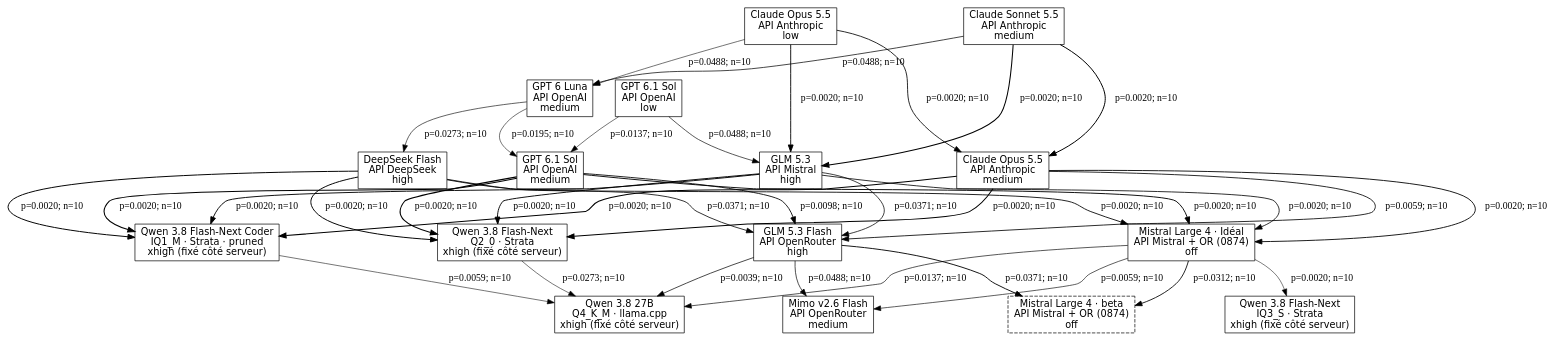
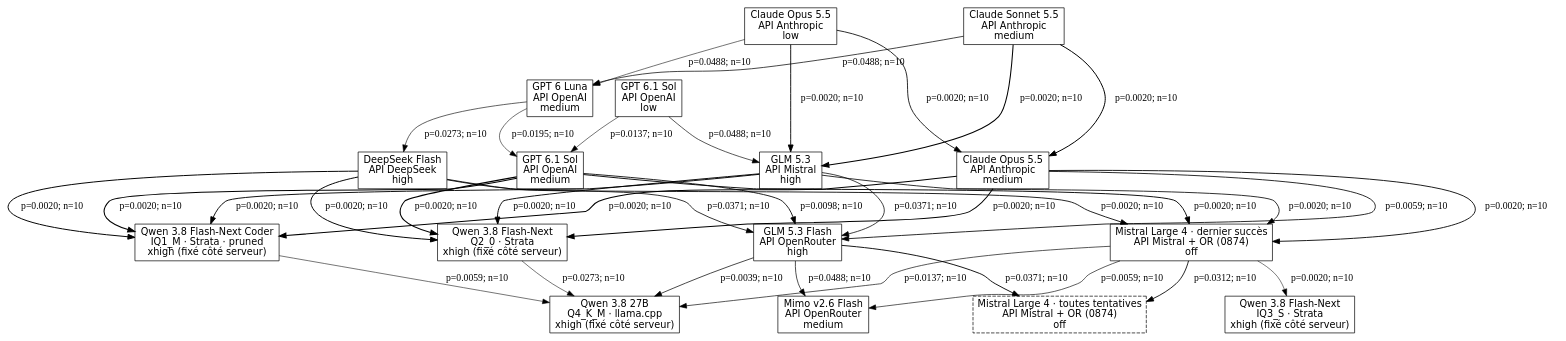
Before and after one commit to MinhHaDuong/ImperialDragonHarness: the diagram in docs/tournament-graphs/seconds.dot, drawn with Graphviz. The commit also changed 23 other files, not shown here.

```diff
--- a/docs/tournament-graphs/seconds.dot
+++ b/docs/tournament-graphs/seconds.dot
@@ -1,55 +1,55 @@
 digraph G {
 rankdir=TB;
 node [shape=box, fontname="DejaVu Sans"];
 a [label="Qwen 3.8 27B\nQ4_K_M · llama.cpp\nxhigh (fixé côté serveur)"];
 b [label="Qwen 3.8 Flash-Next Coder\nIQ1_M · Strata · pruned\nxhigh (fixé côté serveur)"];
 b2 [label="Qwen 3.8 Flash-Next\nIQ3_S · Strata\nxhigh (fixé côté serveur)"];
 b3 [label="Qwen 3.8 Flash-Next\nQ2_0 · Strata\nxhigh (fixé côté serveur)"];
 d [label="Claude Opus 5.5\nAPI Anthropic\nmedium"];
 d2 [label="Claude Opus 5.5\nAPI Anthropic\nlow"];
 e2 [label="GPT 6.1 Sol\nAPI OpenAI\nlow"];
 e3 [label="GPT 6.1 Sol\nAPI OpenAI\nmedium"];
 f [label="GLM 5.3\nAPI Mistral\nhigh"];
 g [label="Claude Sonnet 5.5\nAPI Anthropic\nmedium"];
 i [label="DeepSeek Flash\nAPI DeepSeek\nhigh"];
 j [label="GLM 5.3 Flash\nAPI OpenRouter\nhigh"];
 k [label="Mimo v2.6 Flash\nAPI OpenRouter\nmedium"];
 l [label="GPT 6 Luna\nAPI OpenAI\nmedium"];
-mi [label="Mistral Large 4 · Idéal\nAPI Mistral + OR (0874)\noff"];
-mr [label="Mistral Large 4 · beta\nAPI Mistral + OR (0874)\noff", style="dashed"];
+mi [label="Mistral Large 4 · dernier succès\nAPI Mistral + OR (0874)\noff"];
+mr [label="Mistral Large 4 · toutes tentatives\nAPI Mistral + OR (0874)\noff", style="dashed"];
 b -> a [label="p=0.0059; n=10", penwidth=0.777];
 b3 -> a [label="p=0.0273; n=10", penwidth=0.771];
 d -> b [label="p=0.0020; n=10", penwidth=1.445];
 d -> b3 [label="p=0.0020; n=10", penwidth=1.450];
 d -> j [label="p=0.0059; n=10", penwidth=1.188];
 d -> mi [label="p=0.0020; n=10", penwidth=1.273];
 d2 -> d [label="p=0.0020; n=10", penwidth=1.192];
 d2 -> f [label="p=0.0020; n=10", penwidth=1.296];
 d2 -> l [label="p=0.0488; n=10", penwidth=0.792];
 e2 -> e3 [label="p=0.0137; n=10", penwidth=0.779];
 e2 -> f [label="p=0.0488; n=10", penwidth=0.937];
 e3 -> b [label="p=0.0020; n=10", penwidth=1.498];
 e3 -> b3 [label="p=0.0020; n=10", penwidth=1.500];
 e3 -> j [label="p=0.0098; n=10", penwidth=1.241];
 e3 -> mi [label="p=0.0020; n=10", penwidth=1.327];
 f -> b [label="p=0.0020; n=10", penwidth=1.341];
 f -> b3 [label="p=0.0020; n=10", penwidth=1.346];
 f -> j [label="p=0.0371; n=10", penwidth=1.083];
 f -> mi [label="p=0.0020; n=10", penwidth=1.169];
 g -> d [label="p=0.0020; n=10", penwidth=1.443];
 g -> f [label="p=0.0020; n=10", penwidth=1.500];
 g -> l [label="p=0.0488; n=10", penwidth=1.042];
 i -> b [label="p=0.0020; n=10", penwidth=1.407];
 i -> b3 [label="p=0.0020; n=10", penwidth=1.413];
 i -> j [label="p=0.0371; n=10", penwidth=1.150];
 i -> mi [label="p=0.0020; n=10", penwidth=1.236];
 j -> a [label="p=0.0039; n=10", penwidth=1.034];
 j -> k [label="p=0.0488; n=10", penwidth=0.992];
 j -> mr [label="p=0.0371; n=10", penwidth=1.312];
 l -> e3 [label="p=0.0195; n=10", penwidth=0.797];
 l -> i [label="p=0.0273; n=10", penwidth=0.888];
 mi -> a [label="p=0.0137; n=10", penwidth=0.948];
 mi -> b2 [label="p=0.0020; n=10", penwidth=0.728];
 mi -> k [label="p=0.0059; n=10", penwidth=0.907];
 mi -> mr [label="p=0.0312; n=10", penwidth=1.226];
 }
```
